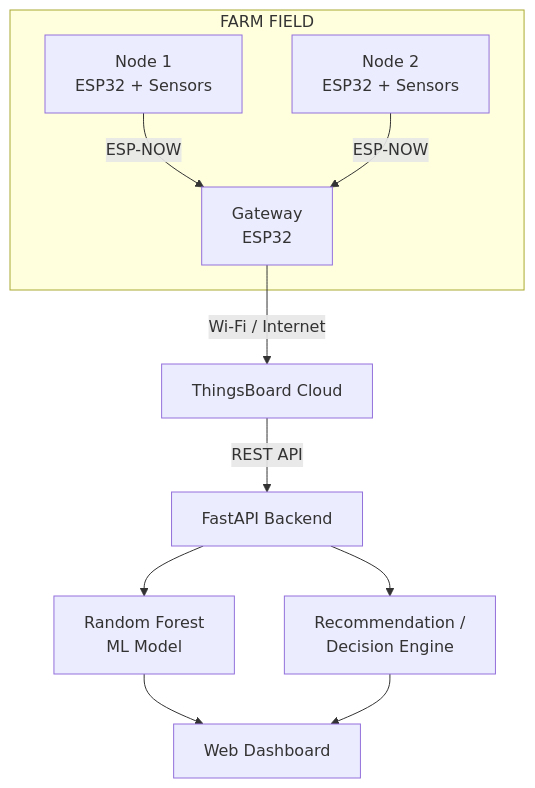
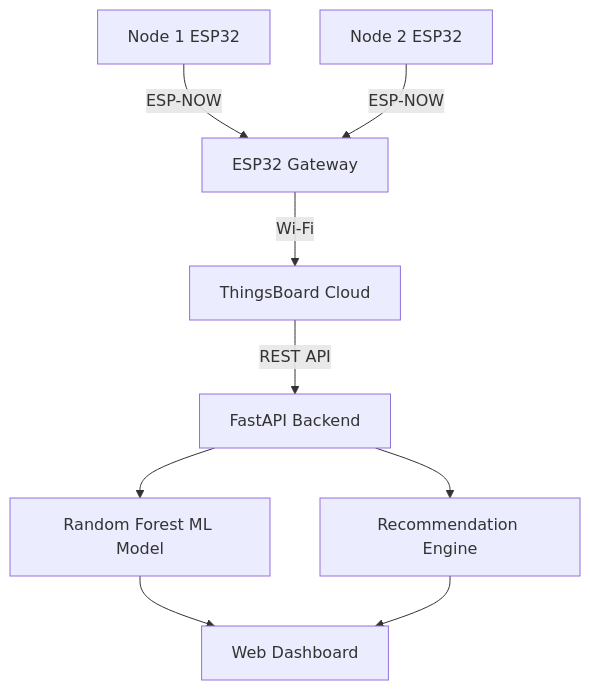
Before and after one commit to Umar-Jahangir/Smart-Soil-Fertility-Monitoring-and-Recommendation-System-Using-IoT-and-AI: the first of 13 diagrams in README.md, drawn with Mermaid.

Commit message:
Updated sys Architech in Redme

````diff
--- a/README.md
+++ b/README.md
@@ -116,16 +116,20 @@
 ```mermaid
-flowchart TB
-    subgraph FARM["FARM FIELD"]
-        N1["Node 1<br/>ESP32 + Sensors"]
-        N2["Node 2<br/>ESP32 + Sensors"]
-        GW["Gateway<br/>ESP32"]
-    end
-    N1 -->|"ESP-NOW"| GW
-    N2 -->|"ESP-NOW"| GW
-    GW -->|"Wi-Fi / Internet"| TB["ThingsBoard Cloud"]
-    TB -->|"REST API"| API["FastAPI Backend"]
-    API --> ML["Random Forest<br/>ML Model"]
-    API --> RE["Recommendation /<br/>Decision Engine"]
-    ML --> DASH["Web Dashboard"]
-    RE --> DASH
+flowchart TD
+    N1["Node 1 ESP32"]
+    N2["Node 2 ESP32"]
+    GW["ESP32 Gateway"]
+    TB["ThingsBoard Cloud"]
+    API["FastAPI Backend"]
+    ML["Random Forest ML Model"]
+    REC["Recommendation Engine"]
+    UI["Web Dashboard"]
+
+    N1 -->|ESP-NOW| GW
+    N2 -->|ESP-NOW| GW
+    GW -->|Wi-Fi| TB
+    TB -->|REST API| API
+    API --> ML
+    API --> REC
+    ML --> UI
+    REC --> UI
 ```
````
